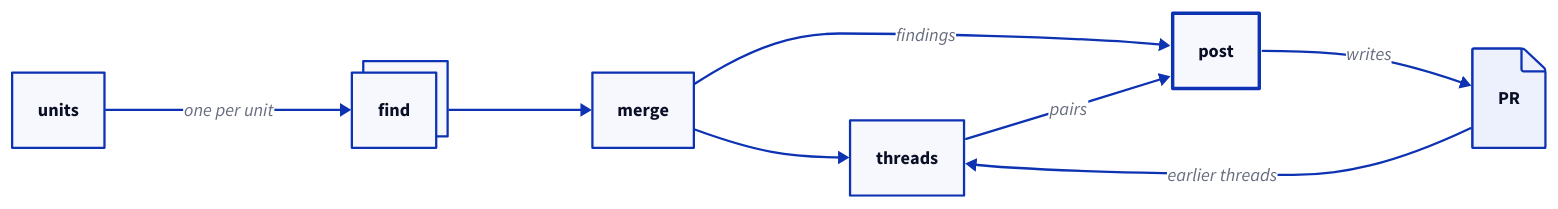
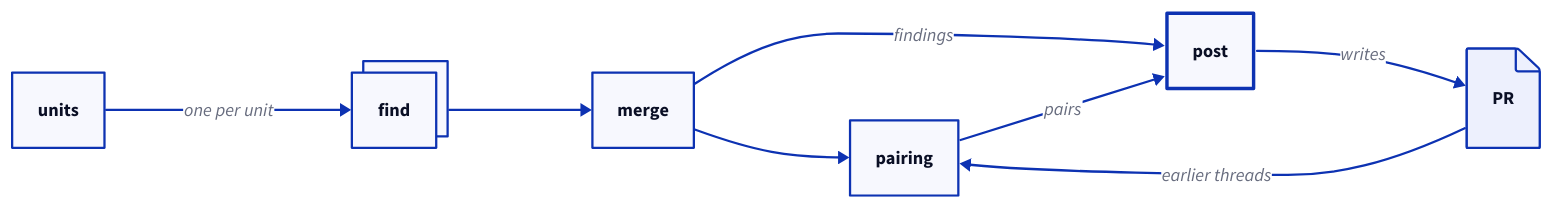
One commit to mjewell/context-packs changed the first of 2 diagrams in review/review.tree.md. Above: the diagram before and after it, drawn with D2. The commit also changed other lines of this file and 14 other files, not shown here.

First line of the commit message:
Rename the review's threads job to pairing

````diff
--- a/review/review.tree.md
+++ b/review/review.tree.md
@@ -57,15 +57,15 @@
   ```d2
   direction: right
   units
   find: find {style.multiple: true}
   merge
-  threads
+  pairing
   post: post {style.stroke-width: 3}
   pr: PR {shape: page}
   units -> find: one per unit
-  find -> merge -> threads
+  find -> merge -> pairing
   merge -> post: findings
-  threads -> post: pairs
-  pr -> threads: earlier threads
+  pairing -> post: pairs
+  pr -> pairing: earlier threads
   post -> pr: writes
   ```
````
